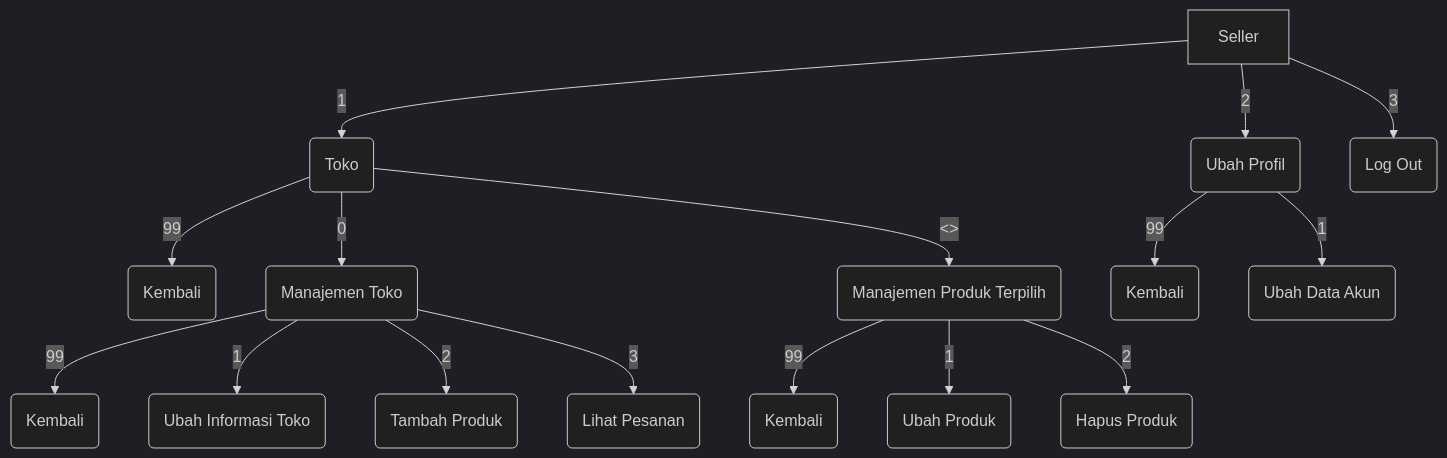
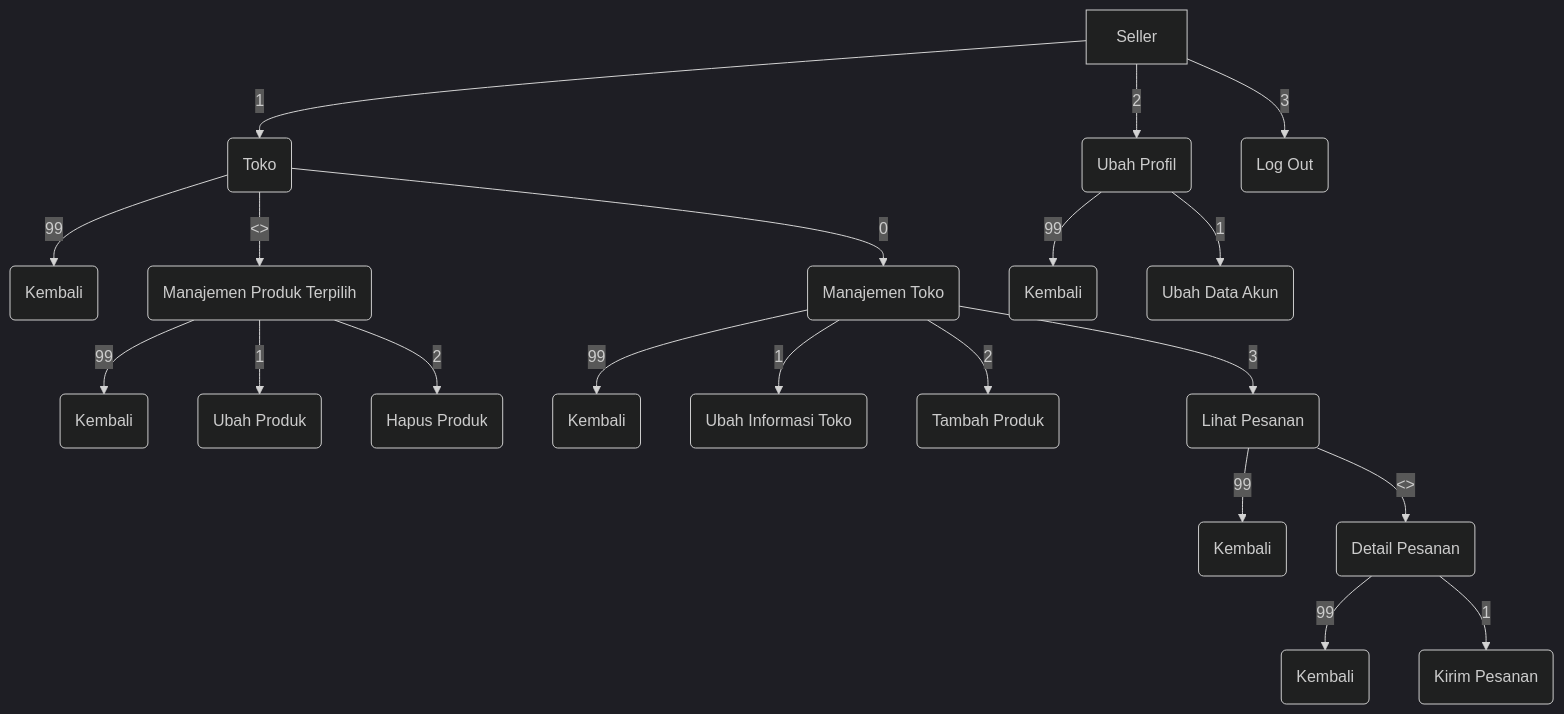
The third of 3 diagrams in README.md (Viabelous/ProjekAkhirPBO), drawn with Mermaid (dark theme) before and after one commit. The commit also changed other lines of this file, not shown here.

Commit message:
Update README Pesanan

````diff
--- a/README.md
+++ b/README.md
@@ -108,22 +112,26 @@
 ```mermaid
 graph
 
 A[Seller] -- 1 --> B(Toko)
 	B -- 99 --> BA(Kembali)
 	B -- 0 --> BB(Manajemen Toko)
 	B -- <> --> BC(Manajemen Produk Terpilih)
 		BC -- 99 --> BCA(Kembali)
 		BC -- 1 --> BCB(Ubah Produk)
 		BC -- 2 --> BCC(Hapus Produk)
 
 BB -- 99 --> BBA(Kembali)
 BB -- 1 --> BBB(Ubah Informasi Toko)
-BB -- 2 --> BBE(Tambah Produk)
-BB -- 3 --> BBF(Lihat Pesanan)
+BB -- 2 --> BBC(Tambah Produk)
+BB -- 3 --> BBD(Lihat Pesanan)
+	BBD -- 99 --> BBDA(Kembali)
+	BBD -- <> --> BBDB(Detail Pesanan)
+		BBDB -- 99 --> BBDBA(Kembali)
+		BBDB -- 1 -->  BBDBB(Kirim Pesanan)
 
 A -- 2 --> C(Ubah Profil)
 C -- 99 --> CA(Kembali)
 C -- 1 --> CB(Ubah Data Akun)
 
 A -- 3 --> D(Log Out)
 ```
````
